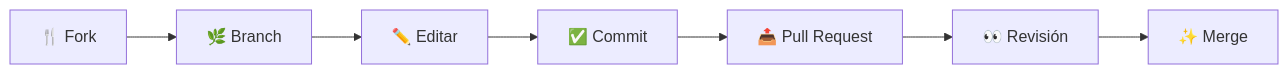
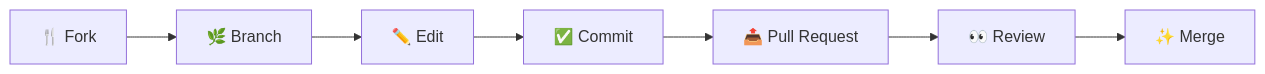
One commit to Catedra-MANEDS/.github changed the second of 2 diagrams in README.md. Above: the diagram before and after it, drawn with Mermaid. The commit also changed other lines of this file and 1 other file, not shown here.

````diff
--- a/README.md
+++ b/README.md
@@ -129,9 +129,9 @@
 ```mermaid
 graph LR
     A[🍴 Fork] --> B[🌿 Branch]
-    B --> C[✏️ Editar]
+    B --> C[✏️ Edit]
     C --> D[✅ Commit]
     D --> E[📤 Pull Request]
-    E --> F[👀 Revisión]
+    E --> F[👀 Review]
     F --> G[✨ Merge]
 ```
````
